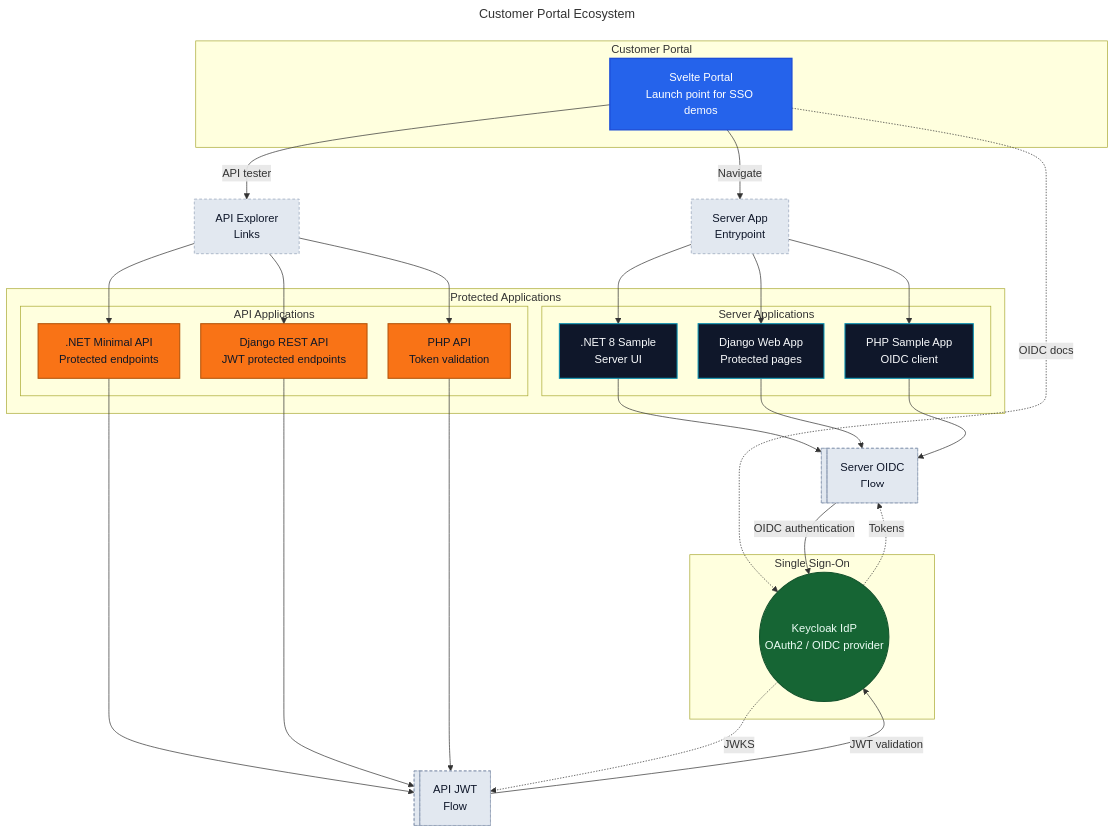
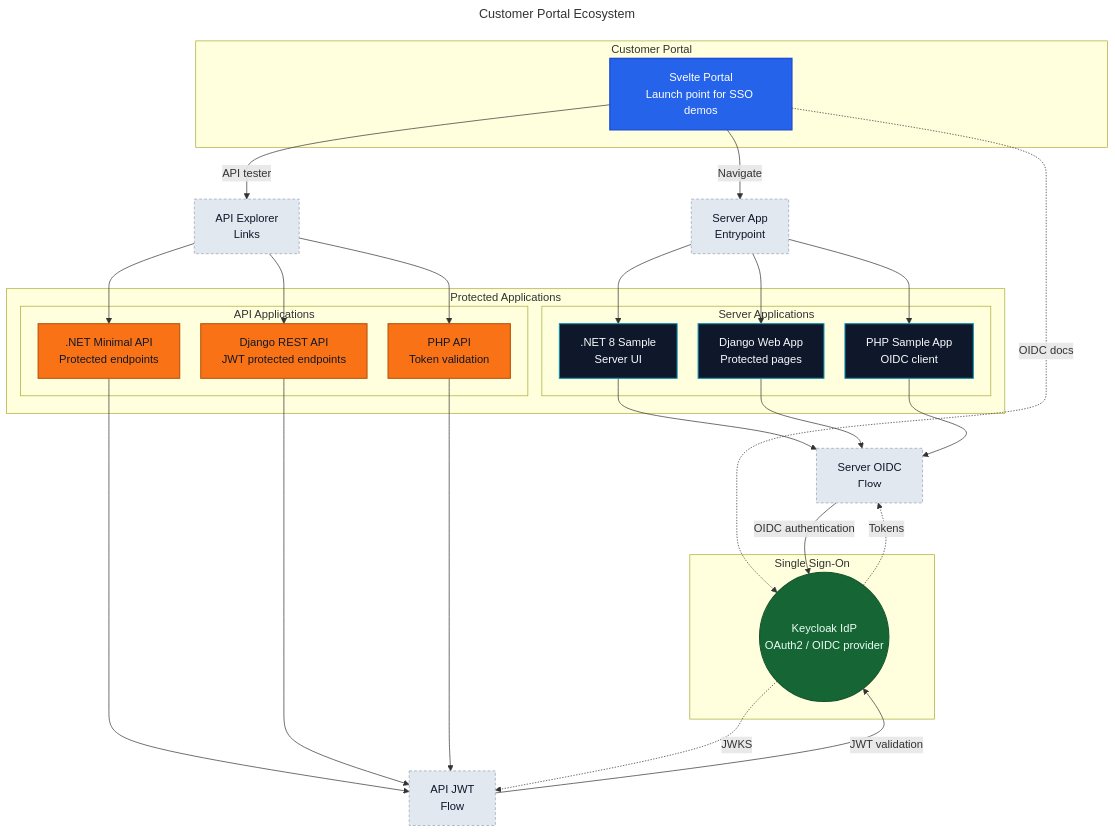
One commit to AthipornP/sample-docker-image changed the diagram in project-relationships.mmd. Above: the diagram before and after it, drawn with Mermaid. The commit also changed 9 other files, not shown here.

First line of the commit message:
feat: Add Mermaid diagram support to MarkdownViewer and new MermaidRenderer component

```diff
--- a/project-relationships.mmd
+++ b/project-relationships.mmd
@@ -1,69 +1,69 @@
 ---
 title: Customer Portal Ecosystem
 ---
 %%{init: {'flowchart': {'nodeSpacing': 30,'rankSpacing': 50}}}%%
 flowchart TB
     %% Style definitions
     classDef portal fill:#2563eb,color:#ffffff,stroke:#1d4ed8,stroke-width:2px
     classDef auth fill:#166534,color:#ecfdf5,stroke:#14532d,stroke-width:1.5px
     classDef server fill:#0f172a,color:#f8fafc,stroke:#0891b2,stroke-width:1.5px
     classDef api fill:#f97316,color:#111827,stroke:#b45309,stroke-width:1.5px
     classDef hub fill:#e2e8f0,color:#0f172a,stroke:#94a3b8,stroke-dasharray:4 3,stroke-width:1px
 
     subgraph Portal[Customer Portal]
         P0["Svelte Portal<br/>Launch point for SSO demos"]
     end
     class P0 portal
 
     subgraph Identity[Single Sign-On]
         KC((Keycloak IdP<br/>OAuth2 / OIDC provider))
     end
     class KC auth
 
     subgraph Services[Protected Applications]
 
     
         subgraph ServerApps[Server Applications]
             N1[".NET 8 Sample<br/>Server UI"]
             D1["Django Web App<br/>Protected pages"]
             P1["PHP Sample App<br/>OIDC client"]
         end
         class D1,N1,P1 server
 
         subgraph ApiApps[API Applications]
             N2[".NET Minimal API<br/>Protected endpoints"]
             D2["Django REST API<br/>JWT protected endpoints"]
             P2["PHP API<br/>Token validation"]
         end
         class N2,D2,P2 api
 
     end
 
     SrvHub["Server App<br/>Entrypoint"]
     ApiHub["API Explorer<br/>Links"]
-    SrvOIDC@{ shape: lin-rect, label: "Server OIDC<br/>Flow" }
-    ApiOIDC@{ shape: lin-rect, label: "API JWT<br/>Flow" }
+    SrvOIDC["Server OIDC<br/>Flow"]
+    ApiOIDC["API JWT<br/>Flow"]
     class SrvHub,ApiHub,SrvOIDC,ApiOIDC hub
 
     %% Portal launches apps
     P0 -->|"Navigate"| SrvHub
     P0 -->|"API tester"| ApiHub
     P0 -.->|"OIDC docs"| KC
     SrvHub --> N1
     SrvHub --> D1
     SrvHub --> P1
     ApiHub --> N2
     ApiHub --> D2
     ApiHub --> P2
 
     %% OIDC flows
     N1 --> SrvOIDC
     D1 --> SrvOIDC
     P1 --> SrvOIDC
     SrvOIDC -->|"OIDC authentication"| KC
     KC -.->|"Tokens"| SrvOIDC
     N2 --> ApiOIDC
     D2 --> ApiOIDC
     P2 --> ApiOIDC
     ApiOIDC -->|"JWT validation"| KC
     KC -.->|"JWKS"| ApiOIDC
```
